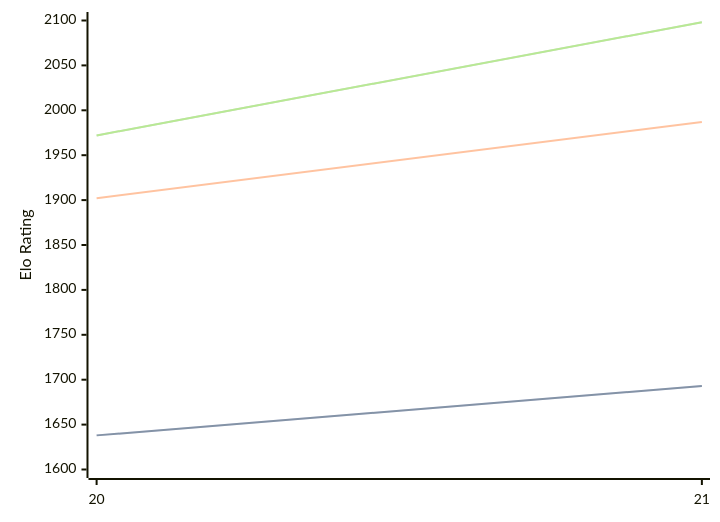
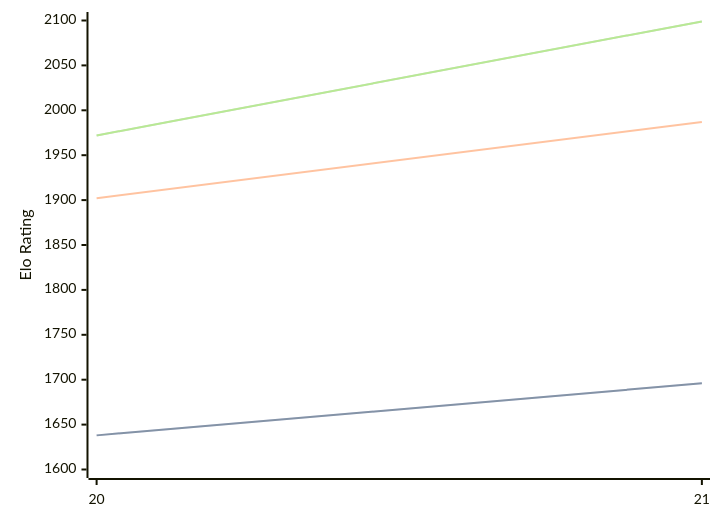
Before and after one commit to computer-chess-index/cci: the diagram in engines/PurplePanda.md, drawn with Mermaid. The commit also changed other lines of this file, not shown here.

Commit message:
Update CCI Ratings (ELO VLTC) - 2026-08-01

````diff
--- a/engines/PurplePanda.md
+++ b/engines/PurplePanda.md
@@ -40,11 +40,11 @@
 ```mermaid
 %%{init: {"theme":"base","themeVariables":{"seriesColors:['#a3a3a3','#222221','#faa371']}}}%%
 xychart-beta
   x-axis ["20", "21"]
   y-axis "Elo Rating" 1600 --> 2100
-  line "STC (8.0+0.08s)" [1638, 1693]
-  line "STC (8.0+0.08s)" [1638, 1693]
+  line "STC (8.0+0.08s)" [1638, 1696]
+  line "STC (8.0+0.08s)" [1638, 1696]
   line "LTC (60.0+0.60s)" [1902, 1987]
-  line "VLTC (2m24s+1.12s)" [1972, 2098]
-  line "VLTC (2m24s+1.12s)" [1972, 2098]
+  line "VLTC (2m24s+1.12s)" [1972, 2099]
+  line "VLTC (2m24s+1.12s)" [1972, 2099]
 ```
````
